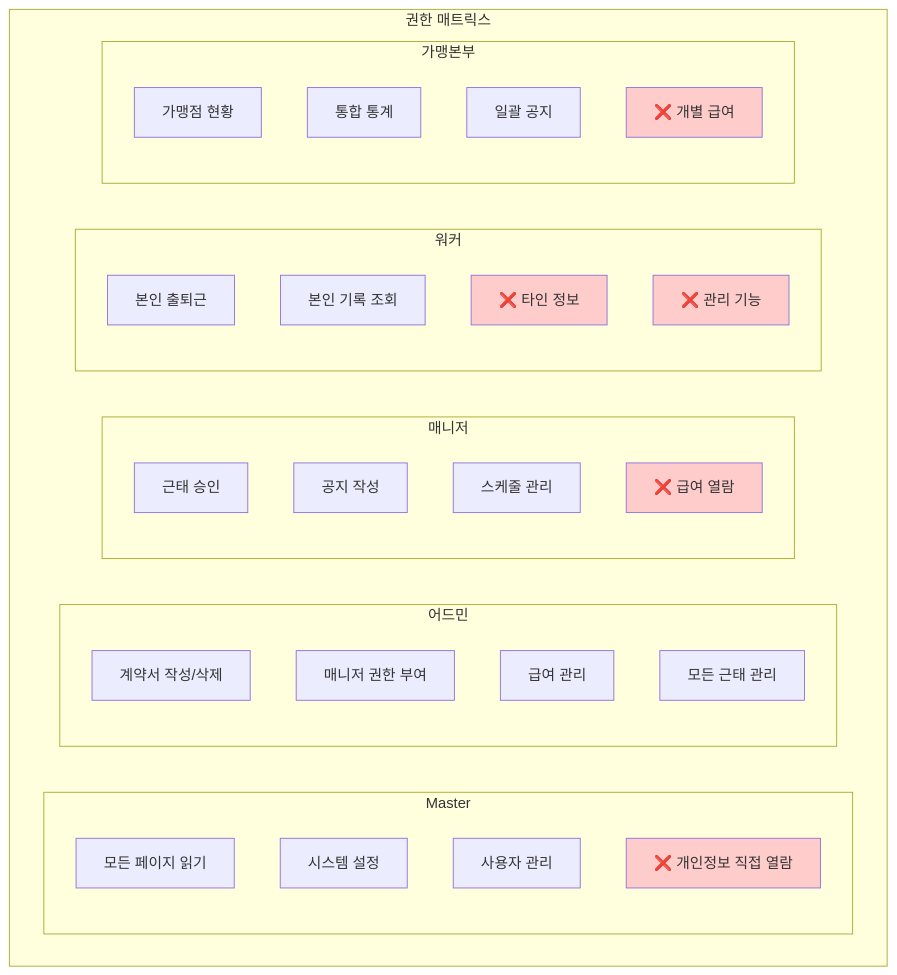
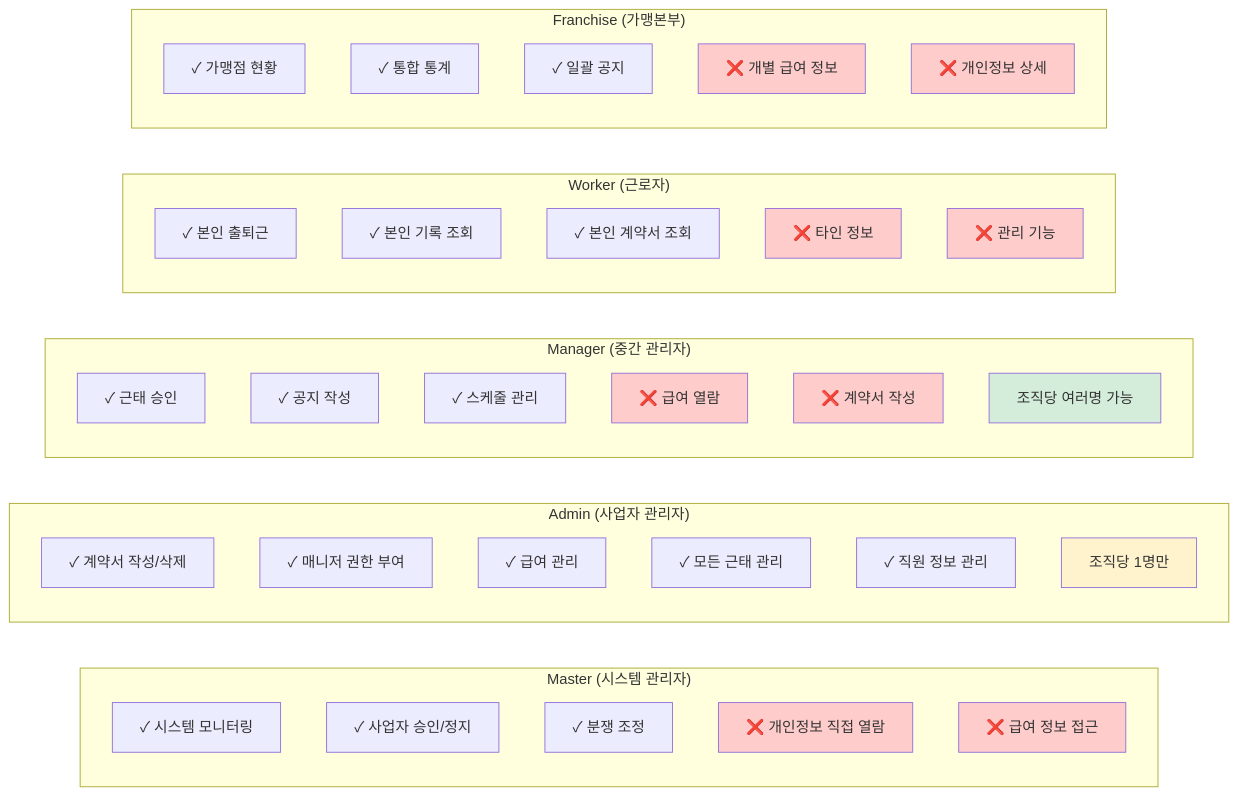
The sixth of 8 diagrams in services/attendance/user-permission-diagram.md (crazybass81/DOT), drawn with Mermaid before and after one commit. The commit also changed other lines of this file, not shown here.

````diff
--- a/services/attendance/user-permission-diagram.md
+++ b/services/attendance/user-permission-diagram.md
@@ -222,45 +282,55 @@
 ```mermaid
-graph TD
-    subgraph "권한 매트릭스"
-        subgraph "Master"
-            M1[모든 페이지 읽기]
-            M2[시스템 설정]
-            M3[사용자 관리]
-            M4[❌ 개인정보 직접 열람]
-        end
-        
-        subgraph "어드민"
-            A1[계약서 작성/삭제]
-            A2[매니저 권한 부여]
-            A3[급여 관리]
-            A4[모든 근태 관리]
-        end
-        
-        subgraph "매니저"
-            MG1[근태 승인]
-            MG2[공지 작성]
-            MG3[스케줄 관리]
-            MG4[❌ 급여 열람]
-        end
-        
-        subgraph "워커"
-            W1[본인 출퇴근]
-            W2[본인 기록 조회]
-            W3[❌ 타인 정보]
-            W4[❌ 관리 기능]
-        end
-        
-        subgraph "가맹본부"
-            F1[가맹점 현황]
-            F2[통합 통계]
-            F3[일괄 공지]
-            F4[❌ 개별 급여]
-        end
+graph LR
+    subgraph "Master (시스템 관리자)"
+        M1[✓ 시스템 모니터링]
+        M2[✓ 사업자 승인/정지]
+        M3[✓ 분쟁 조정]
+        M4[❌ 개인정보 직접 열람]
+        M5[❌ 급여 정보 접근]
+    end
+    
+    subgraph "Admin (사업자 관리자)"
+        A1[✓ 계약서 작성/삭제]
+        A2[✓ 매니저 권한 부여]
+        A3[✓ 급여 관리]
+        A4[✓ 모든 근태 관리]
+        A5[✓ 직원 정보 관리]
+        A6[조직당 1명만]
+    end
+    
+    subgraph "Manager (중간 관리자)"
+        MG1[✓ 근태 승인]
+        MG2[✓ 공지 작성]
+        MG3[✓ 스케줄 관리]
+        MG4[❌ 급여 열람]
+        MG5[❌ 계약서 작성]
+        MG6[조직당 여러명 가능]
+    end
+    
+    subgraph "Worker (근로자)"
+        W1[✓ 본인 출퇴근]
+        W2[✓ 본인 기록 조회]
+        W3[✓ 본인 계약서 조회]
+        W4[❌ 타인 정보]
+        W5[❌ 관리 기능]
+    end
+    
+    subgraph "Franchise (가맹본부)"
+        F1[✓ 가맹점 현황]
+        F2[✓ 통합 통계]
+        F3[✓ 일괄 공지]
+        F4[❌ 개별 급여 정보]
+        F5[❌ 개인정보 상세]
     end
     
     style M4 fill:#ffcccc
+    style M5 fill:#ffcccc
     style MG4 fill:#ffcccc
-    style W3 fill:#ffcccc
+    style MG5 fill:#ffcccc
     style W4 fill:#ffcccc
+    style W5 fill:#ffcccc
     style F4 fill:#ffcccc
+    style F5 fill:#ffcccc
+    style A6 fill:#fff3cd
+    style MG6 fill:#d4edda
 ```
````
